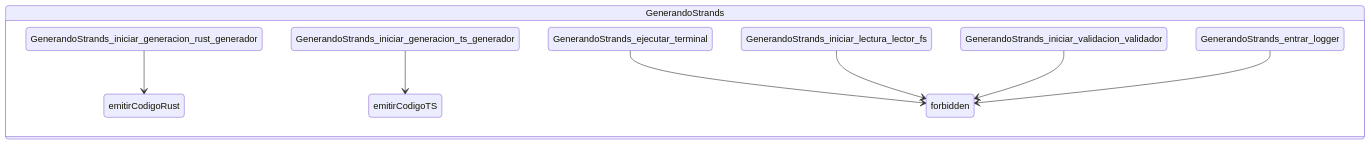
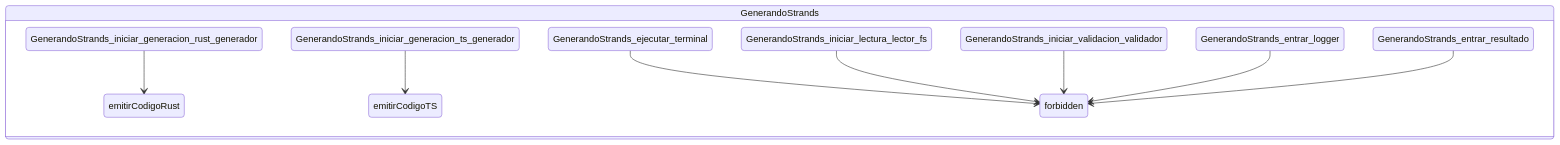
The fifth of 8 diagrams in spec/reference/trenza-cli/generated/CLI_Trenza_viz.md (cepeche/Trenza-DSL), drawn with Mermaid before and after one commit. The commit also changed other lines of this file and 11 other files, not shown here.

````diff
--- a/spec/reference/trenza-cli/generated/CLI_Trenza_viz.md
+++ b/spec/reference/trenza-cli/generated/CLI_Trenza_viz.md
@@ -74,13 +77,14 @@
 ```mermaid
 stateDiagram-v2
 
     state GenerandoStrands {
         GenerandoStrands_iniciar_generacion_rust_generador --> emitirCodigoRust
         GenerandoStrands_iniciar_generacion_ts_generador --> emitirCodigoTS
         GenerandoStrands_ejecutar_terminal --> forbidden
         GenerandoStrands_iniciar_lectura_lector_fs --> forbidden
         GenerandoStrands_iniciar_validacion_validador --> forbidden
         GenerandoStrands_entrar_logger --> forbidden
+        GenerandoStrands_entrar_resultado --> forbidden
     }
 
 ```
````
